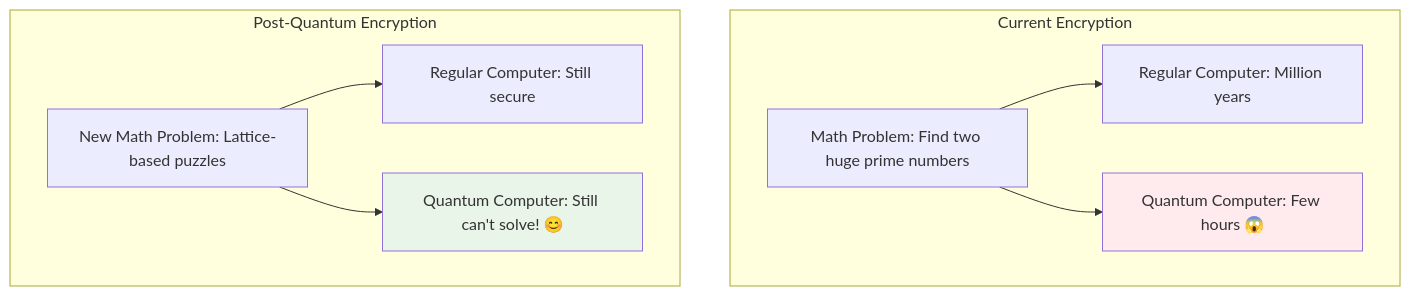
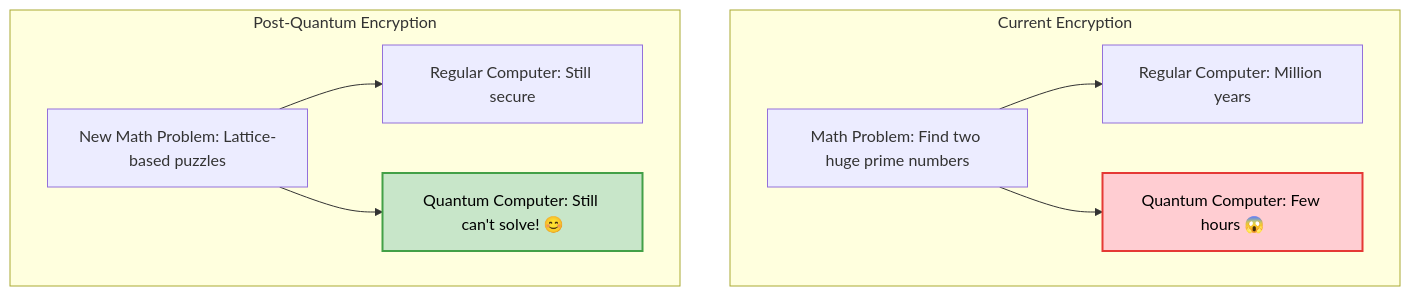
One commit to prabhatg/signal_crypto_lib changed diagram 13 of 16 in docs/signal_protocol_for_kids.md. Above: the diagram before and after it, drawn with Mermaid. The commit also changed other lines of this file and 1 other file, not shown here.

Commit message:
Documentation diagram updates

````diff
--- a/docs/signal_protocol_for_kids.md
+++ b/docs/signal_protocol_for_kids.md
@@ -357,15 +357,15 @@
 ```mermaid
 graph TB
     subgraph "Current Encryption"
         A[Math Problem: Find two huge prime numbers] --> B[Regular Computer: Million years]
         A --> C[Quantum Computer: Few hours 😱]
     end
     
     subgraph "Post-Quantum Encryption"
         D[New Math Problem: Lattice-based puzzles] --> E[Regular Computer: Still secure]
         D --> F[Quantum Computer: Still can't solve! 😊]
     end
     
-    style C fill:#ffebee
-    style F fill:#e8f5e8
+    style C fill:#ffcdd2,stroke:#e53935,stroke-width:2px,color:#000
+    style F fill:#c8e6c9,stroke:#43a047,stroke-width:2px,color:#000
 ```
````
